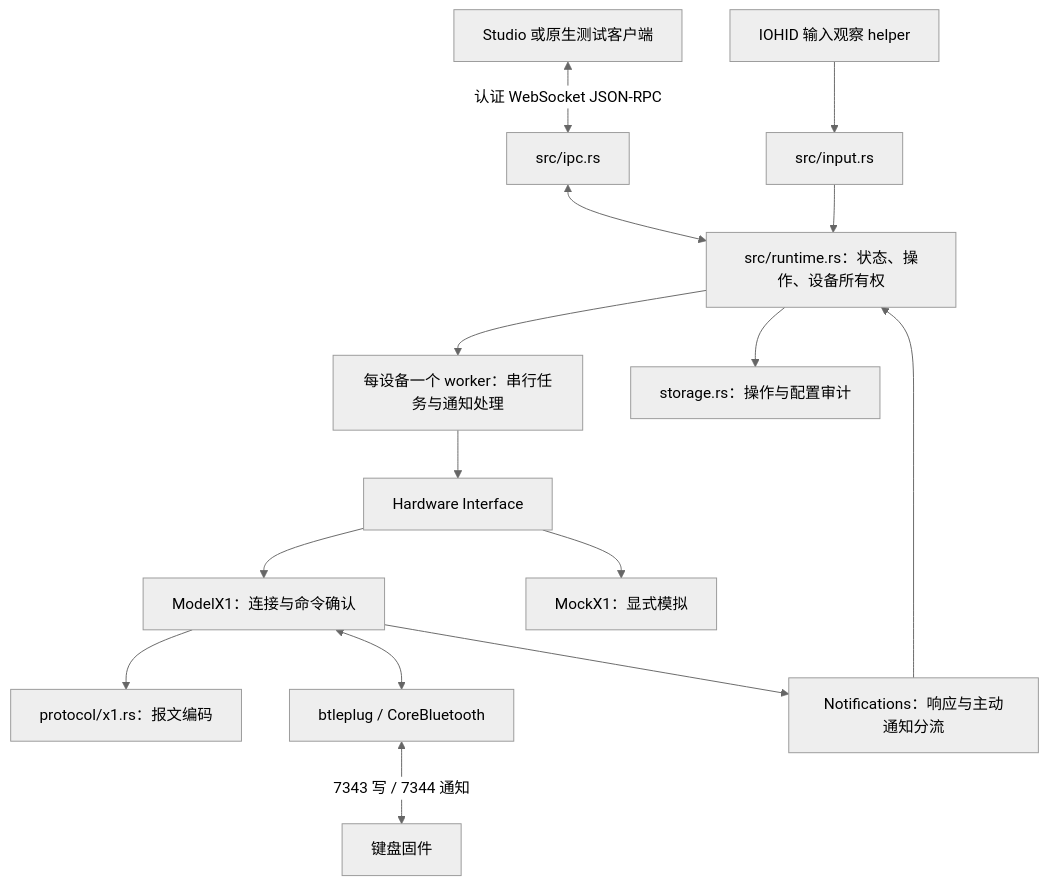
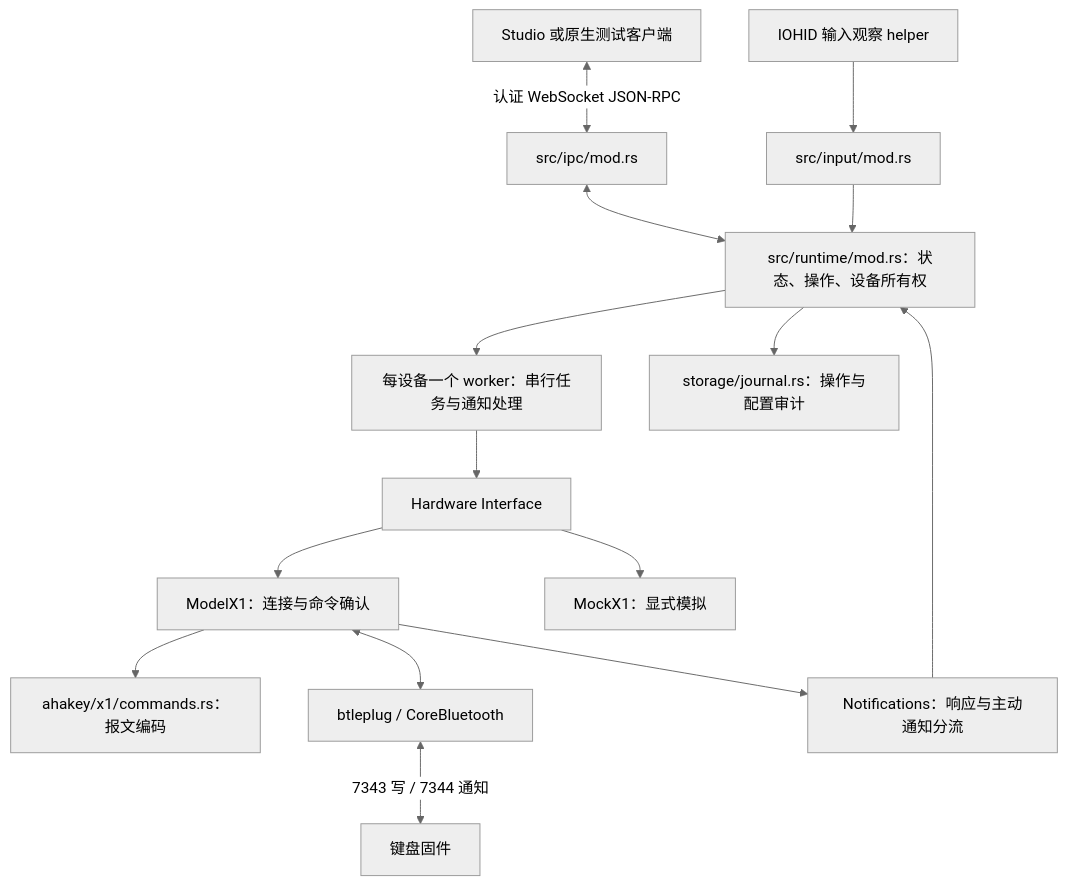
One commit to AhakeyAI/ahakey-runtime-rust changed the diagram in docs/ble-integration-guide.md. Above: the diagram before and after it, drawn with Mermaid (neutral theme). The commit also changed other lines of this file and 75 other files, not shown here.

````diff
--- a/docs/ble-integration-guide.md
+++ b/docs/ble-integration-guide.md
@@ -93,17 +93,17 @@
 ```mermaid
 flowchart TD
-    UI[Studio 或原生测试客户端] <-->|认证 WebSocket JSON-RPC| IPC[src/ipc.rs]
-    IPC <--> RT[src/runtime.rs：状态、操作、设备所有权]
+    UI[Studio 或原生测试客户端] <-->|认证 WebSocket JSON-RPC| IPC[src/ipc/mod.rs]
+    IPC <--> RT[src/runtime/mod.rs：状态、操作、设备所有权]
     RT --> WORKER[每设备一个 worker：串行任务与通知处理]
     WORKER --> HW[Hardware Interface]
     HW --> X1[ModelX1：连接与命令确认]
     HW --> MOCK[MockX1：显式模拟]
-    X1 --> ENC[protocol/x1.rs：报文编码]
+    X1 --> ENC[ahakey/x1/commands.rs：报文编码]
     X1 <--> BLE[btleplug / CoreBluetooth]
     BLE <-->|7343 写 / 7344 通知| FW[键盘固件]
     X1 --> NOTIFY[Notifications：响应与主动通知分流]
     NOTIFY --> RT
-    RT --> JOURNAL[storage.rs：操作与配置审计]
-    HID[IOHID 输入观察 helper] --> INPUT[src/input.rs]
+    RT --> JOURNAL[storage/journal.rs：操作与配置审计]
+    HID[IOHID 输入观察 helper] --> INPUT[src/input/mod.rs]
     INPUT --> RT
 ```
````
